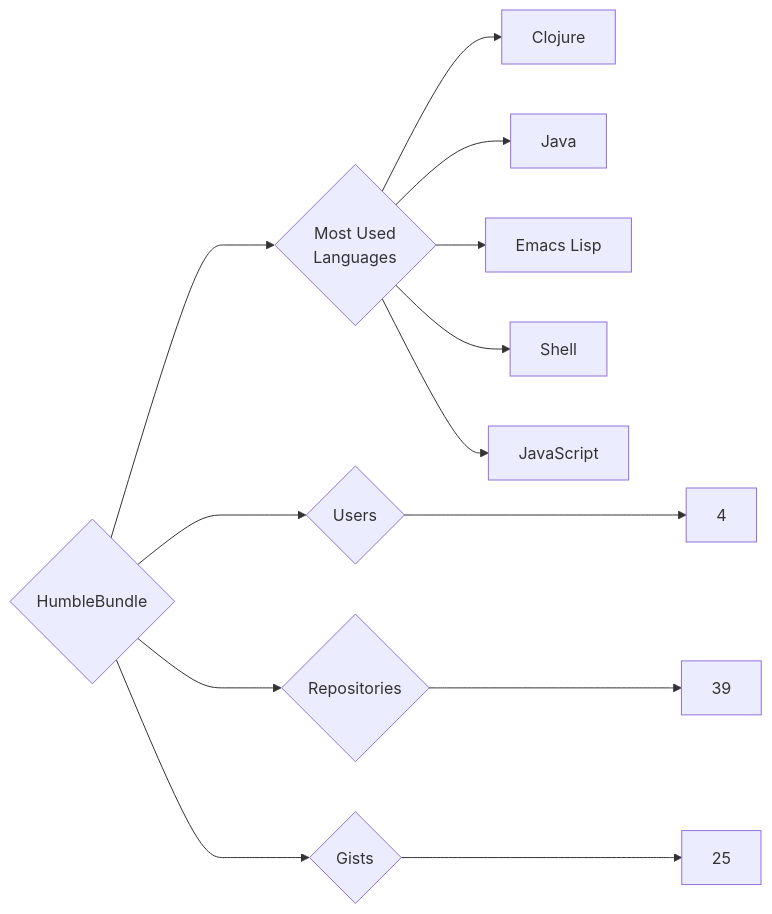
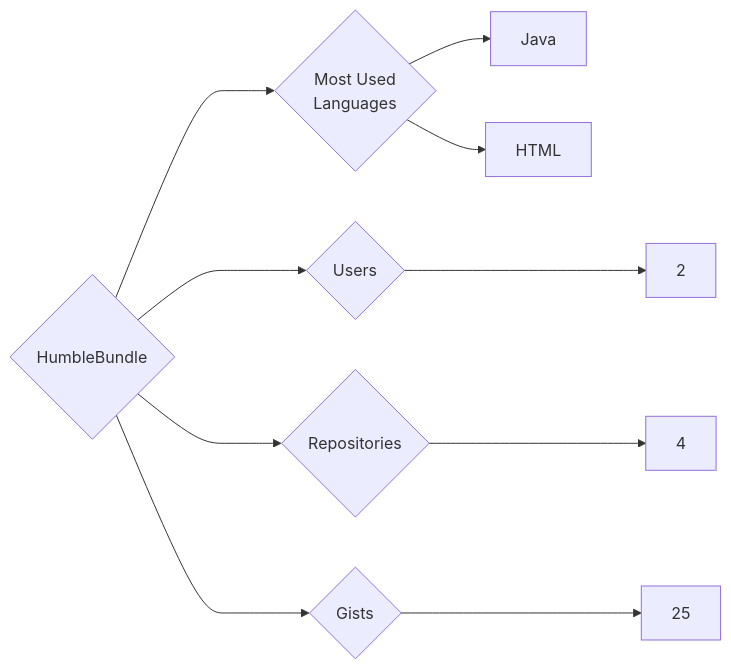
The diagram in targets/HumbleBundle/README.md (trickest/insiders), drawn with Mermaid before and after one commit. The commit also changed 1212 other files, not shown here.

````diff
--- a/targets/HumbleBundle/README.md
+++ b/targets/HumbleBundle/README.md
@@ -3,13 +3,10 @@
 ```mermaid
 graph LR
 COMPANY_NAME{HumbleBundle}
-COMPANY_NAME ---> U{Users} ---> UN[4]
-COMPANY_NAME ---> R{Repositories} ---> RN[39]
+COMPANY_NAME ---> U{Users} ---> UN[2]
+COMPANY_NAME ---> R{Repositories} ---> RN[4]
 COMPANY_NAME ---> G{Gists} ---> GN[25]
 COMPANY_NAME ---> ML{Most Used<br>Languages}
-ML --> Clojure[Clojure]
 ML --> Java[Java]
-ML --> Emacs_Lisp[Emacs Lisp]
-ML --> Shell[Shell]
-ML --> JavaScript[JavaScript]
+ML --> HTML[HTML]
 ```
````
